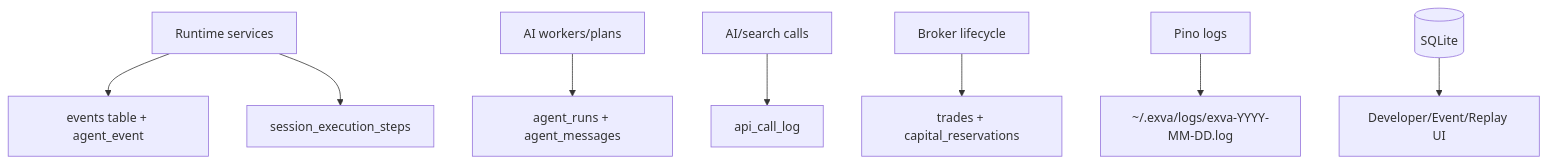
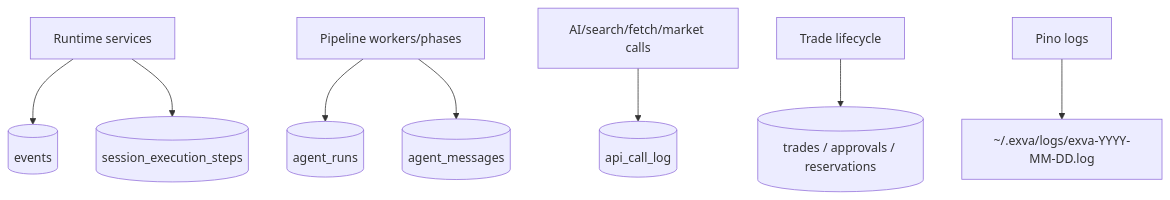
Diagram 14 of 14 in docs/architecture/ai-runtime.md (KennethAtchon/Exva), drawn with Mermaid before and after one commit. The commit also changed other lines of this file and 11 other files, not shown here.

````diff
--- a/docs/architecture/ai-runtime.md
+++ b/docs/architecture/ai-runtime.md
@@ -639,10 +493,10 @@
 ```mermaid
 graph TD
-    Runtime["Runtime services"] --> Events["events table + agent_event"]
-    Runtime --> Steps["session_execution_steps"]
-    AI["AI workers/plans"] --> Runs["agent_runs + agent_messages"]
-    External["AI/search calls"] --> Calls["api_call_log"]
-    Broker["Broker lifecycle"] --> Trades["trades + capital_reservations"]
+    Runtime["Runtime services"] --> Events[("events")]
+    Runtime --> Steps[("session_execution_steps")]
+    Pipeline["Pipeline workers/phases"] --> Runs[("agent_runs")]
+    Pipeline --> Messages[("agent_messages")]
+    Tools["AI/search/fetch/market calls"] --> Calls[("api_call_log")]
+    Trades["Trade lifecycle"] --> TradeRows[("trades / approvals / reservations")]
     Logs["Pino logs"] --> Files["~/.exva/logs/exva-YYYY-MM-DD.log"]
-    DB[("SQLite")] --> Dev["Developer/Event/Replay UI"]
 ```
````
